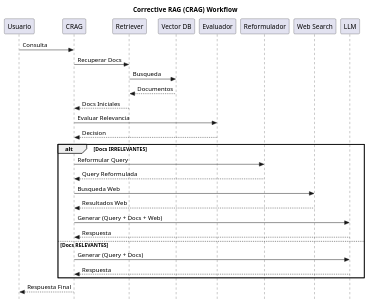
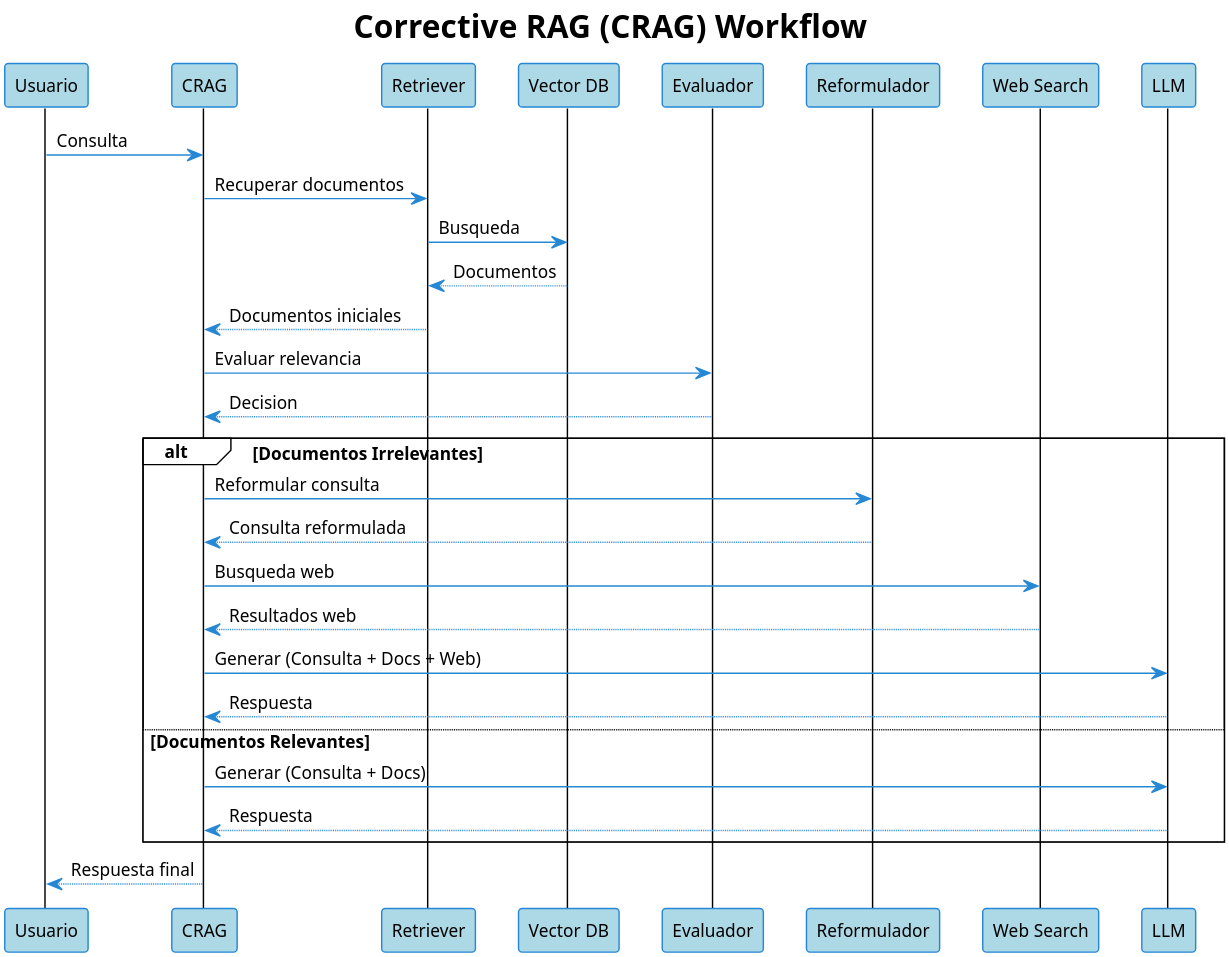
The diagram in diagrams/crag.puml (carloss4dv/langagent), drawn with PlantUML before and after one commit. The commit also changed 44 other files, not shown here.

```diff
--- a/diagrams/crag.puml
+++ b/diagrams/crag.puml
@@ -1,38 +1,57 @@
-@startuml
-skinparam style strictuml
+@startuml "Workflow de Corrective RAG (CRAG)"
+' Mejora la legibilidad y la calidad de la imagen para documentos.
+!theme plain
+skinparam {
+    dpi 300
+    shadowing false
+    backgroundColor transparent
+    defaultFontName "Arial"
+    defaultFontSize 12
+
+    sequence {
+        participantBorderColor #2688d4
+        participantBackgroundColor #add8e6
+        actorBorderColor #2688d4
+        actorBackgroundColor #ffdead
+    }
+
+    arrow {
+        color #2688d4
+    }
+}
 
 title Corrective RAG (CRAG) Workflow
 
 participant "Usuario" as User
 participant "CRAG" as System
 participant "Retriever" as Ret
 participant "Vector DB" as DB
 participant "Evaluador" as Eval
 participant "Reformulador" as Reform
 participant "Web Search" as Web
 participant "LLM" as Gen
 
 User -> System: Consulta
-System -> Ret: Recuperar Docs
+System -> Ret: Recuperar documentos
 Ret -> DB: Busqueda
 DB --> Ret: Documentos
-Ret --> System: Docs Iniciales
+Ret --> System: Documentos iniciales
 
-System -> Eval: Evaluar Relevancia
+System -> Eval: Evaluar relevancia
 Eval --> System: Decision
 
-alt Docs IRRELEVANTES
-    System -> Reform: Reformular Query
-    Reform --> System: Query Reformulada
-    System -> Web: Busqueda Web
-    Web --> System: Resultados Web
-    System -> Gen: Generar (Query + Docs + Web)
+alt Documentos Irrelevantes
+    System -> Reform: Reformular consulta
+    Reform --> System: Consulta reformulada
+    System -> Web: Busqueda web
+    Web --> System: Resultados web
+    System -> Gen: Generar (Consulta + Docs + Web)
     Gen --> System: Respuesta
-else Docs RELEVANTES
-    System -> Gen: Generar (Query + Docs)
+else Documentos Relevantes
+    System -> Gen: Generar (Consulta + Docs)
     Gen --> System: Respuesta
 end
 
-System --> User: Respuesta Final
+System --> User: Respuesta final
 
 @enduml
```
